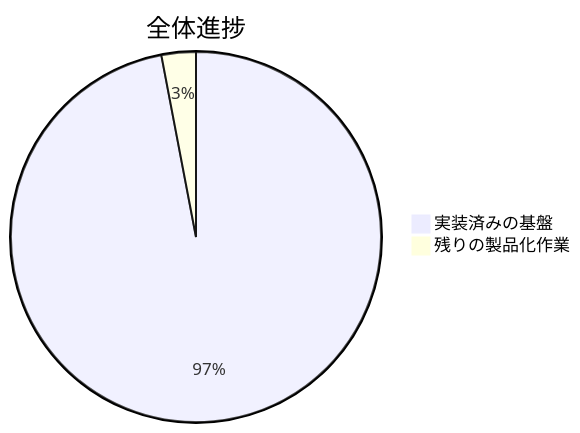
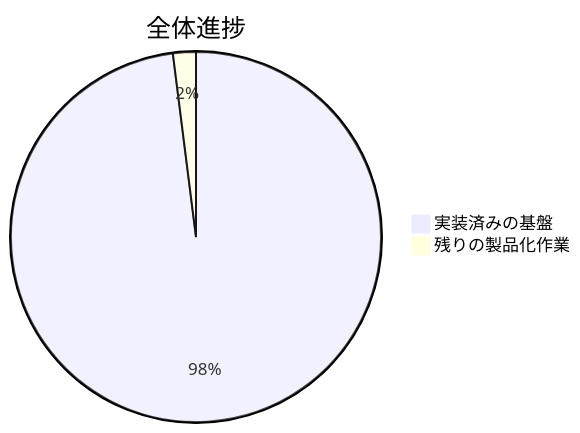
The first of 5 diagrams in README.ja.md (lingmulongtai/GlyphRay), drawn with Mermaid before and after one commit. The commit also changed other lines of this file and 14 other files, not shown here.

````diff
--- a/README.ja.md
+++ b/README.ja.md
@@ -15,5 +15,5 @@
 ```mermaid
 pie title 全体進捗
-  "実装済みの基盤" : 97
-  "残りの製品化作業" : 3
+  "実装済みの基盤" : 98
+  "残りの製品化作業" : 2
 ```
````
